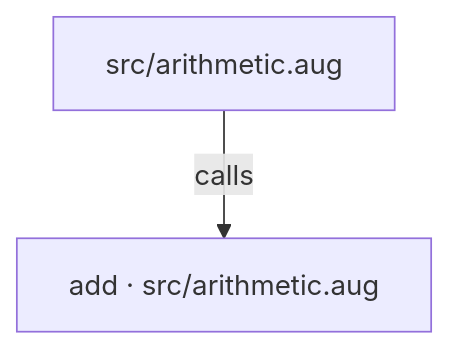
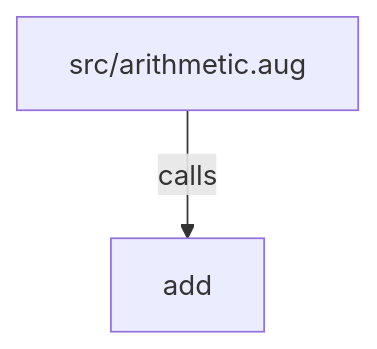
One commit to GreenPandaStudios/augscript changed the diagram in docs/examples/packages-math/src/arithmetic-diagrams.md. Above: the diagram before and after it, drawn with Mermaid. The commit also changed other lines of this file and 524 other files, not shown here.

Commit message:
Explain checked data flow at folder and service levels

````diff
--- a/docs/examples/packages-math/src/arithmetic-diagrams.md
+++ b/docs/examples/packages-math/src/arithmetic-diagrams.md
@@ -23,6 +20,6 @@
 ```mermaid
 flowchart TD
     n0["src/arithmetic.aug"]
-    n1["add · src/arithmetic.aug"]
+    n1["add"]
     n0 -->|"calls"| n1
 ```
````
